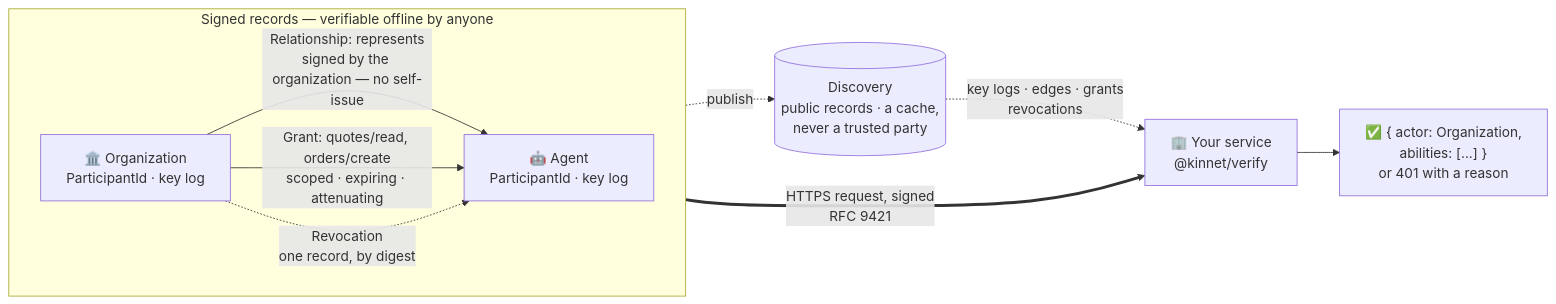
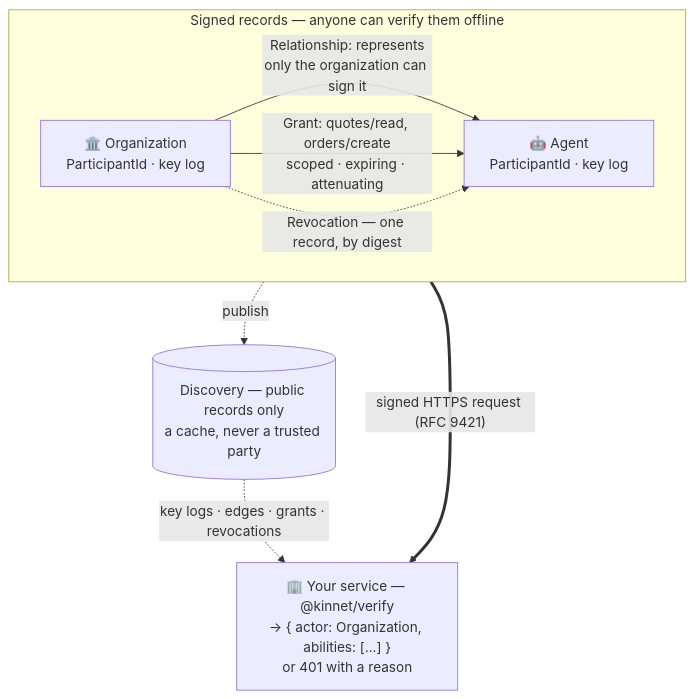
Before and after one commit to HumanMeetsAi/kinnet: the first of 2 diagrams in README.md, drawn with Mermaid.

Commit message:
Export from kinnet 55268b0

````diff
--- a/README.md
+++ b/README.md
@@ -59,16 +59,16 @@
 ```mermaid
-flowchart LR
-  subgraph records["Signed records — verifiable offline by anyone"]
+flowchart TB
+  subgraph records["Signed records — anyone can verify them offline"]
     direction LR
     ORG["🏛️ Organization<br/>ParticipantId · key log"]
     AGENT["🤖 Agent<br/>ParticipantId · key log"]
-    ORG -- "Relationship: represents<br/>signed by the organization — no self-issue" --> AGENT
+    ORG -- "Relationship: represents<br/>only the organization can sign it" --> AGENT
     ORG -- "Grant: quotes/read, orders/create<br/>scoped · expiring · attenuating" --> AGENT
-    ORG -. "Revocation<br/>one record, by digest" .-> AGENT
+    ORG -. "Revocation — one record, by digest" .-> AGENT
   end
-  DISC[("Discovery<br/>public records · a cache,<br/>never a trusted party")]
+  DISC[("Discovery — public records only<br/>a cache, never a trusted party")]
+  SVC["🏢 Your service — @kinnet/verify<br/>→ { actor: Organization, abilities: [...] }<br/>or 401 with a reason"]
   records -. "publish" .-> DISC
-  AGENT == "HTTPS request, signed<br/>RFC 9421" ==> SVC["🏢 Your service<br/>@kinnet/verify"]
-  DISC -. "key logs · edges · grants<br/>revocations" .-> SVC
-  SVC --> OK["✅ { actor: Organization,<br/>abilities: [...] }<br/>or 401 with a reason"]
+  DISC -. "key logs · edges · grants · revocations" .-> SVC
+  AGENT == "signed HTTPS request (RFC 9421)" ==> SVC
 ```
````
